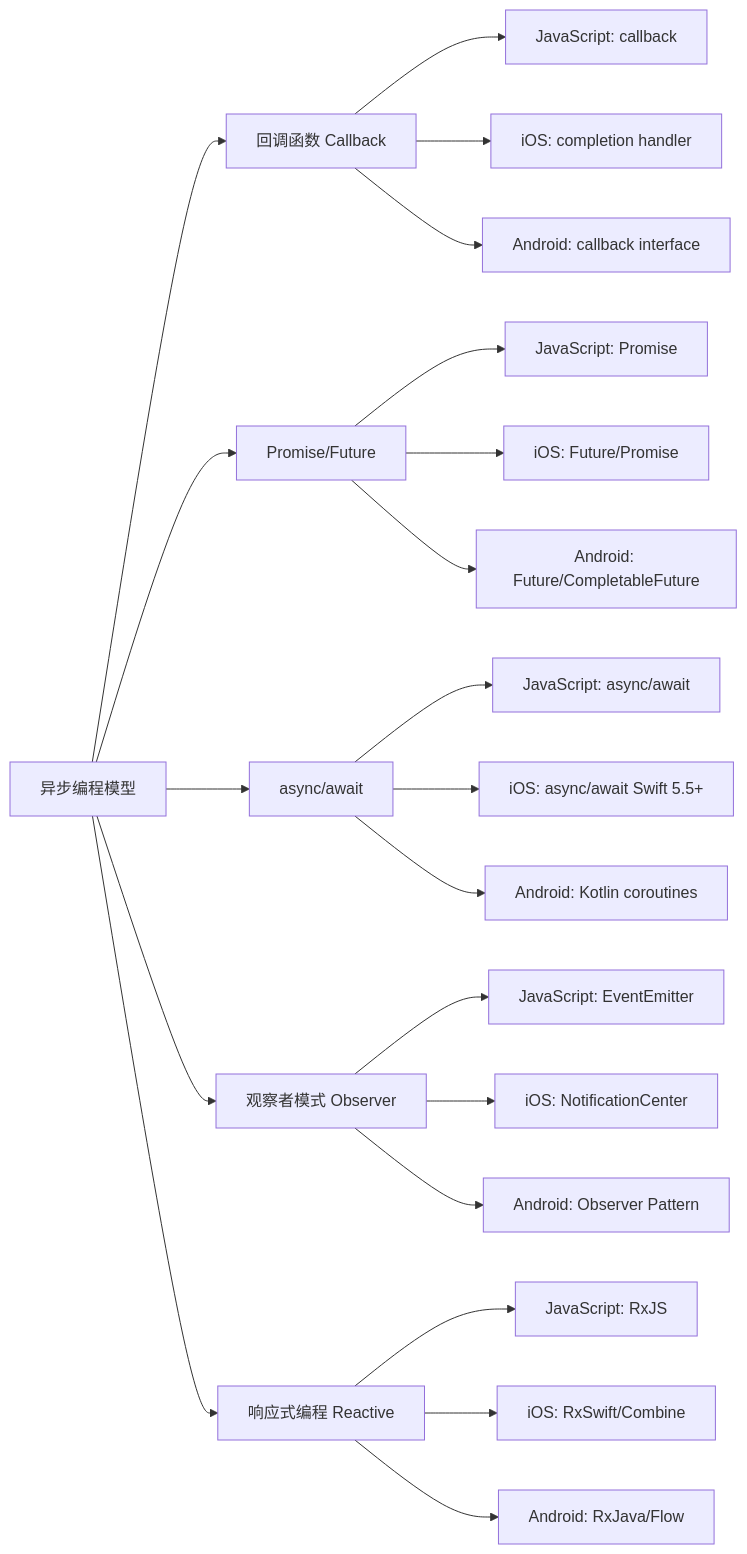
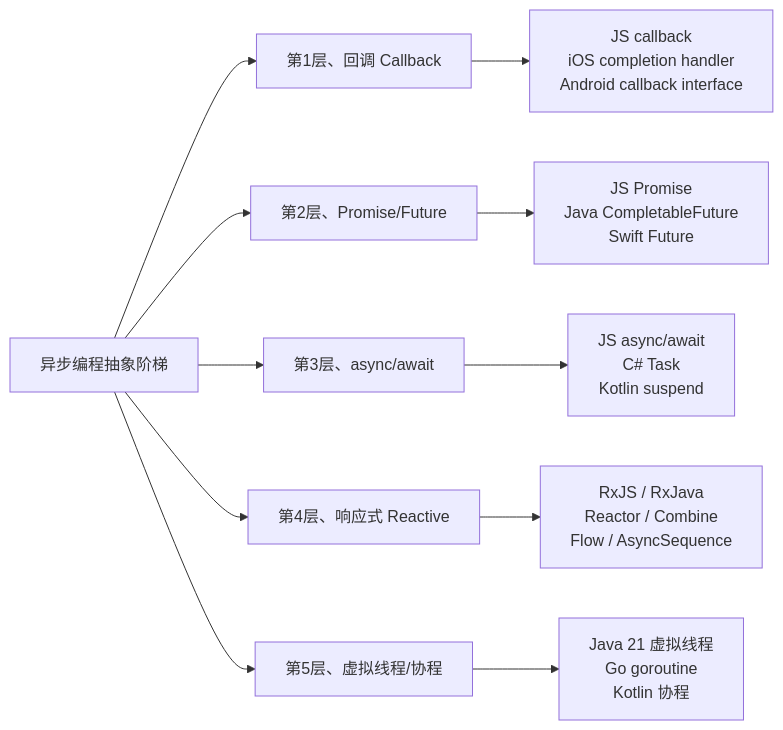
Before and after one commit to chongyang211/YCBookBlog: the ninth of 15 diagrams in 00.通用技术的提升/02.程序编程原理/21.异步和同步的设计.md, drawn with Mermaid. The commit also changed other lines of this file and 19 other files, not shown here.

````diff
--- a/00.通用技术的提升/02.程序编程原理/21.异步和同步的设计.md
+++ b/00.通用技术的提升/02.程序编程原理/21.异步和同步的设计.md
@@ -683,28 +939,14 @@
 ```mermaid
 graph LR
-    A[异步编程模型] --> B[回调函数 Callback]
-    A --> C[Promise/Future]
-    A --> D[async/await]
-    A --> E[观察者模式 Observer]
-    A --> F[响应式编程 Reactive]
-    
-    B --> B1[JavaScript: callback]
-    B --> B2[iOS: completion handler]
-    B --> B3[Android: callback interface]
-    
-    C --> C1[JavaScript: Promise]
-    C --> C2[iOS: Future/Promise]
-    C --> C3[Android: Future/CompletableFuture]
-    
-    D --> D1[JavaScript: async/await]
-    D --> D2[iOS: async/await Swift 5.5+]
-    D --> D3[Android: Kotlin coroutines]
-    
-    E --> E1[JavaScript: EventEmitter]
-    E --> E2[iOS: NotificationCenter]
-    E --> E3[Android: Observer Pattern]
-    
-    F --> F1[JavaScript: RxJS]
-    F --> F2[iOS: RxSwift/Combine]
-    F --> F3[Android: RxJava/Flow]
+    A[异步编程抽象阶梯] --> B[第1层、回调 Callback]
+    A --> C[第2层、Promise/Future]
+    A --> D[第3层、async/await]
+    A --> E[第4层、响应式 Reactive]
+    A --> F[第5层、虚拟线程/协程]
+
+    B --> B1["JS callback<br/>iOS completion handler<br/>Android callback interface"]
+    C --> C1["JS Promise<br/>Java CompletableFuture<br/>Swift Future"]
+    D --> D1["JS async/await<br/>C# Task<br/>Kotlin suspend"]
+    E --> E1["RxJS / RxJava<br/>Reactor / Combine<br/>Flow / AsyncSequence"]
+    F --> F1["Java 21 虚拟线程<br/>Go goroutine<br/>Kotlin 协程"]
 ```
````
